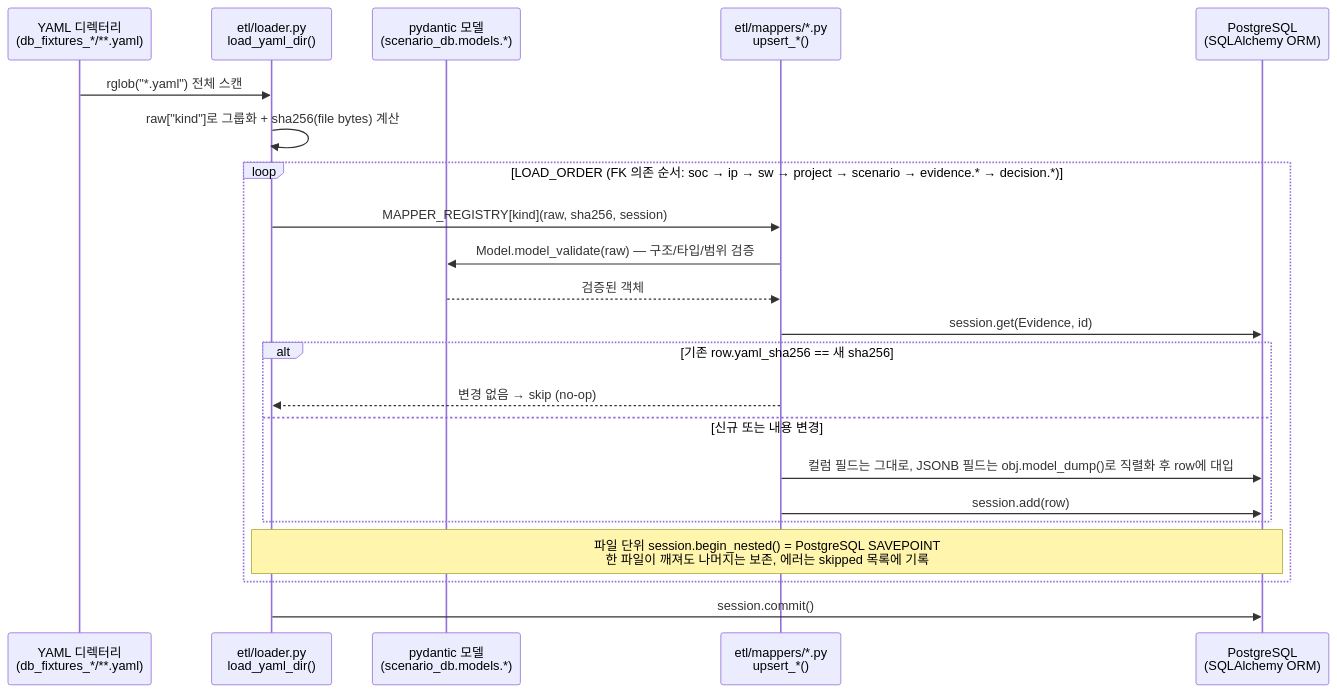
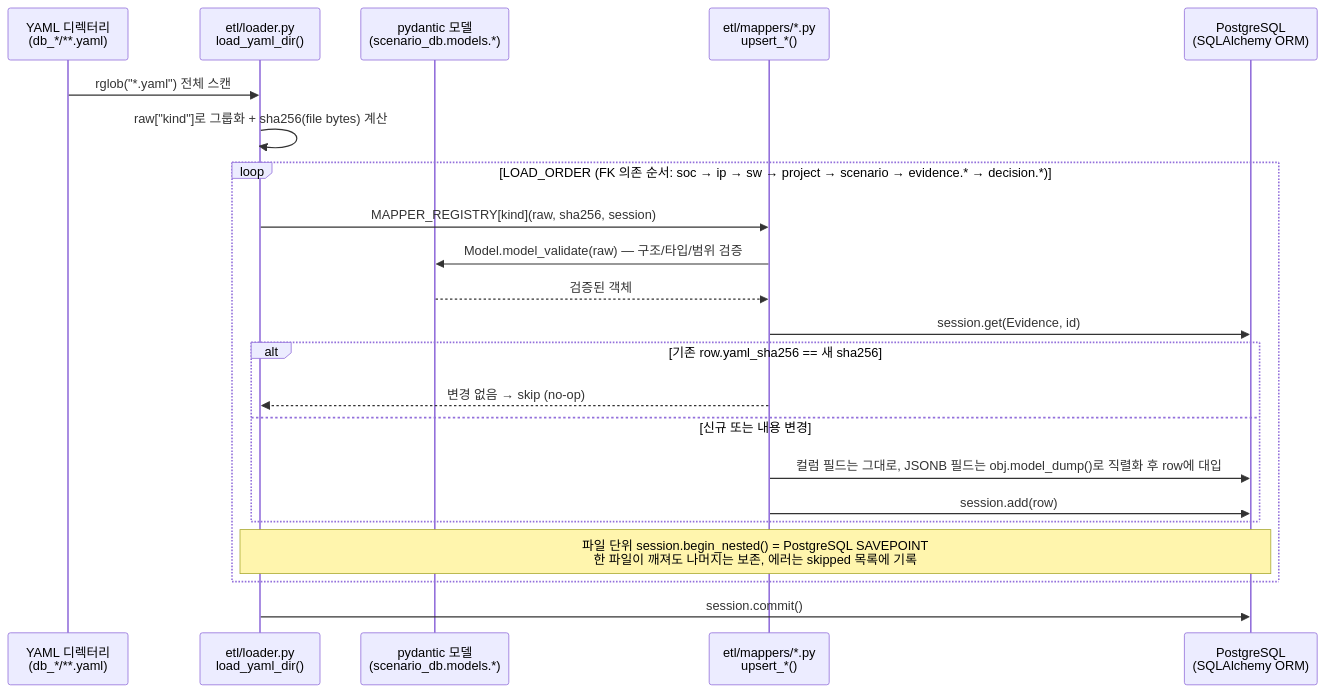
The second of 4 diagrams in docs/design/data-and-storage.md (younghwan78/SOCIP_Scenario_DB2), drawn with Mermaid before and after one commit. The commit also changed other lines of this file and 367 other files, not shown here.

````diff
--- a/docs/design/data-and-storage.md
+++ b/docs/design/data-and-storage.md
@@ -164,25 +164,25 @@
 ```mermaid
 sequenceDiagram
-    participant FS as YAML 디렉터리<br/>(db_fixtures_*/**.yaml)
+    participant FS as YAML 디렉터리<br/>(db_*/**.yaml)
     participant L as etl/loader.py<br/>load_yaml_dir()
     participant P as pydantic 모델<br/>(scenario_db.models.*)
     participant M as etl/mappers/*.py<br/>upsert_*()
     participant DB as PostgreSQL<br/>(SQLAlchemy ORM)
 
     FS->>L: rglob("*.yaml") 전체 스캔
     L->>L: raw["kind"]로 그룹화 + sha256(file bytes) 계산
     loop LOAD_ORDER (FK 의존 순서: soc → ip → sw → project → scenario → evidence.* → decision.*)
         L->>M: MAPPER_REGISTRY[kind](raw, sha256, session)
         M->>P: Model.model_validate(raw) — 구조/타입/범위 검증
         P-->>M: 검증된 객체
         M->>DB: session.get(Evidence, id)
         alt 기존 row.yaml_sha256 == 새 sha256
             M-->>L: 변경 없음 → skip (no-op)
         else 신규 또는 내용 변경
             M->>DB: 컬럼 필드는 그대로, JSONB 필드는 obj.model_dump()로 직렬화 후 row에 대입
             M->>DB: session.add(row)
         end
         Note over L,DB: 파일 단위 session.begin_nested() = PostgreSQL SAVEPOINT<br/>한 파일이 깨져도 나머지는 보존, 에러는 skipped 목록에 기록
     end
     L->>DB: session.commit()
 ```
````
